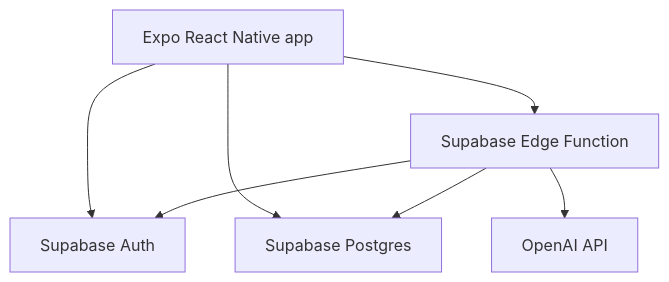
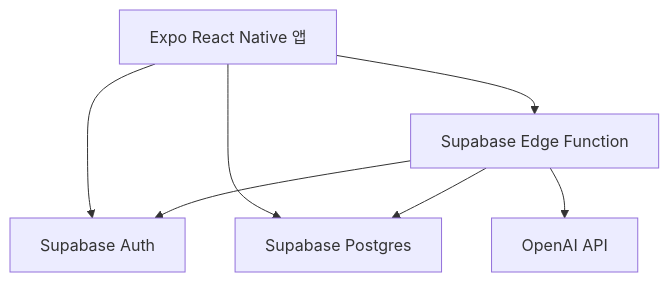
The diagram in docs/architecture/overview.md (qpow1018/health-checker), drawn with Mermaid before and after one commit. The commit also changed other lines of this file and 5 other files, not shown here.

````diff
--- a/docs/architecture/overview.md
+++ b/docs/architecture/overview.md
@@ -16,15 +16,15 @@
 ```mermaid
 flowchart TD
-  App["Expo React Native app"]
+  App["Expo React Native 앱"]
   Auth["Supabase Auth"]
   DB["Supabase Postgres"]
   Edge["Supabase Edge Function"]
   OpenAI["OpenAI API"]
 
   App --> Auth
   App --> DB
   App --> Edge
   Edge --> Auth
   Edge --> DB
   Edge --> OpenAI
 ```
````
